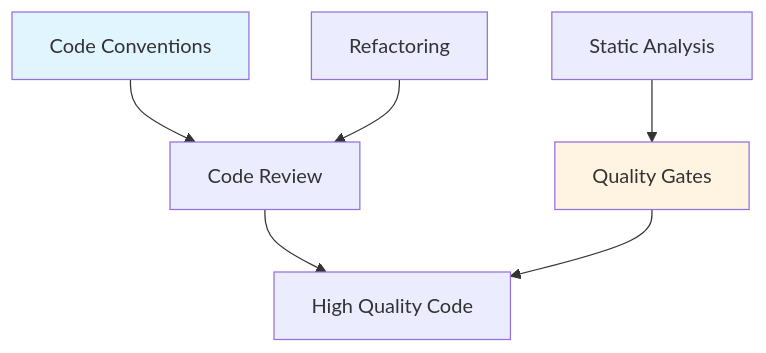
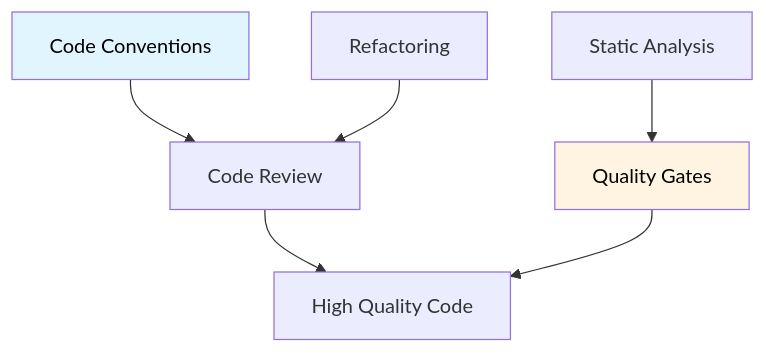
The diagram in docs/fundamentos-corporativos/estandares/desarrollo/code-quality.md (jclemente-tlm/tlm-doc-architecture), drawn with Mermaid before and after one commit. The commit also changed 21 other files, not shown here.

````diff
--- a/docs/fundamentos-corporativos/estandares/desarrollo/code-quality.md
+++ b/docs/fundamentos-corporativos/estandares/desarrollo/code-quality.md
@@ -37,11 +37,11 @@
 ```mermaid
 graph TB
     A[Code Conventions] --> B[Code Review]
     C[Static Analysis] --> D[Quality Gates]
     F[Refactoring] --> B
     B --> G[High Quality Code]
     D --> G
 
-    style A fill:#e1f5ff
-    style D fill:#fff4e1
+    style A fill:#e1f5ff,color:#000000
+    style D fill:#fff4e1,color:#000000
 ```
````
